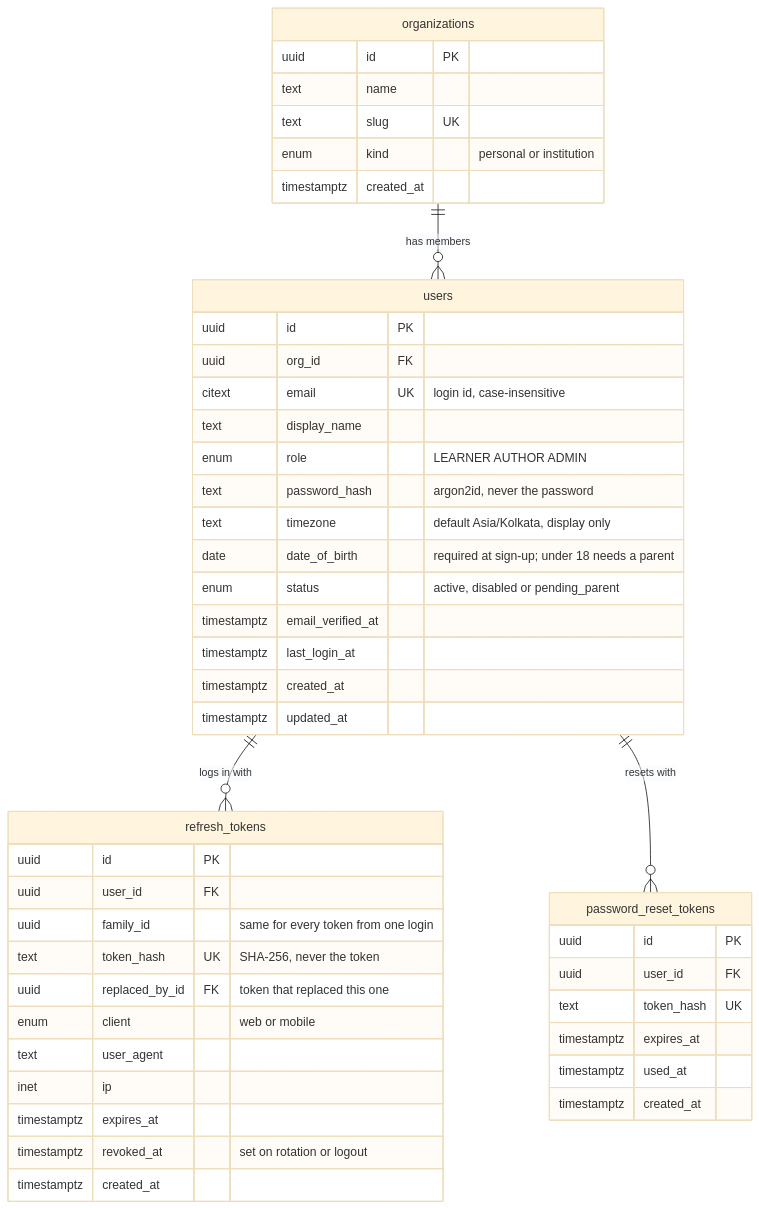
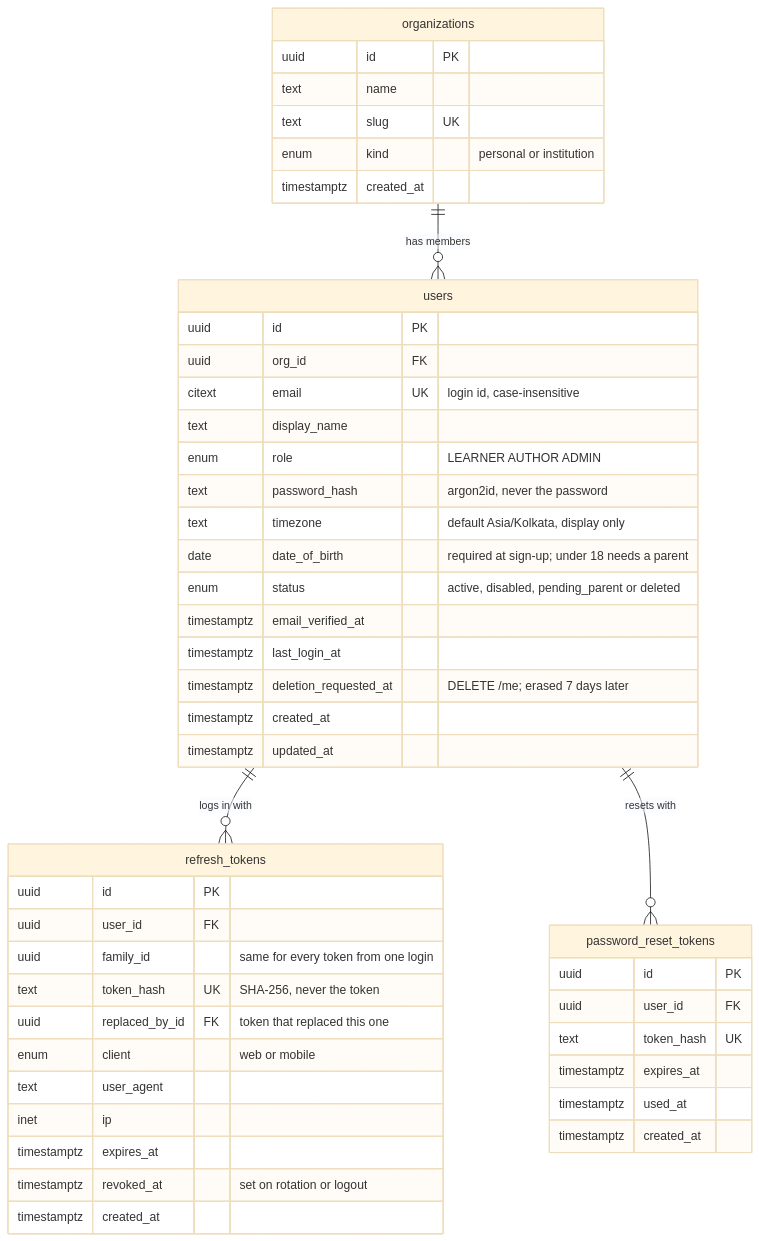
One commit to Nidanos/ai-tutor-platform changed the seventh of 32 diagrams in DOCS/phase-2/MP3-System-Design.md. Above: the diagram before and after it, drawn with Mermaid (base theme). The commit also changed other lines of this file and 5 other files, not shown here.

````diff
--- a/DOCS/phase-2/MP3-System-Design.md
+++ b/DOCS/phase-2/MP3-System-Design.md
@@ -407,49 +407,50 @@
 ```mermaid
 erDiagram
   organizations ||--o{ users : "has members"
   users ||--o{ refresh_tokens : "logs in with"
   users ||--o{ password_reset_tokens : "resets with"
   organizations {
     uuid id PK
     text name
     text slug UK
     enum kind "personal or institution"
     timestamptz created_at
   }
   users {
     uuid id PK
     uuid org_id FK
     citext email UK "login id, case-insensitive"
     text display_name
     enum role "LEARNER AUTHOR ADMIN"
     text password_hash "argon2id, never the password"
     text timezone "default Asia/Kolkata, display only"
     date date_of_birth "required at sign-up; under 18 needs a parent"
-    enum status "active, disabled or pending_parent"
+    enum status "active, disabled, pending_parent or deleted"
     timestamptz email_verified_at
     timestamptz last_login_at
+    timestamptz deletion_requested_at "DELETE /me; erased 7 days later"
     timestamptz created_at
     timestamptz updated_at
   }
   refresh_tokens {
     uuid id PK
     uuid user_id FK
     uuid family_id "same for every token from one login"
     text token_hash UK "SHA-256, never the token"
     uuid replaced_by_id FK "token that replaced this one"
     enum client "web or mobile"
     text user_agent
     inet ip
     timestamptz expires_at
     timestamptz revoked_at "set on rotation or logout"
     timestamptz created_at
   }
   password_reset_tokens {
     uuid id PK
     uuid user_id FK
     text token_hash UK
     timestamptz expires_at
     timestamptz used_at
     timestamptz created_at
   }
 ```
````
